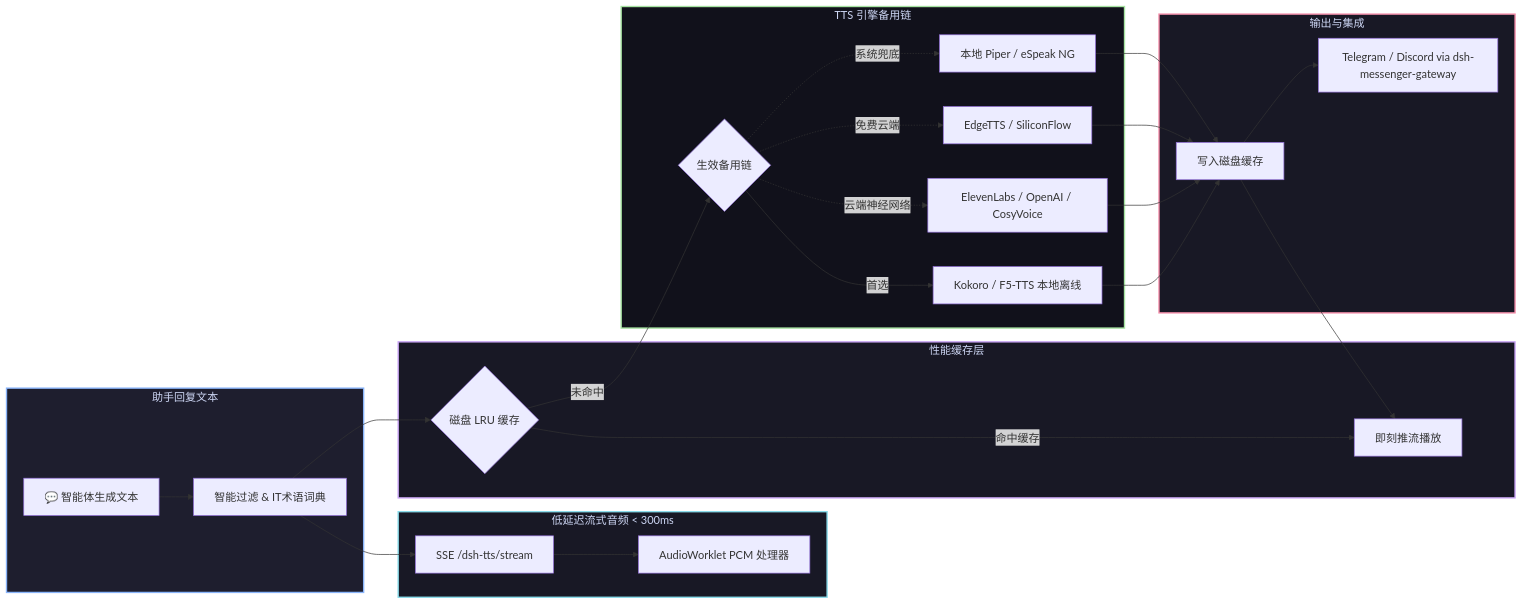
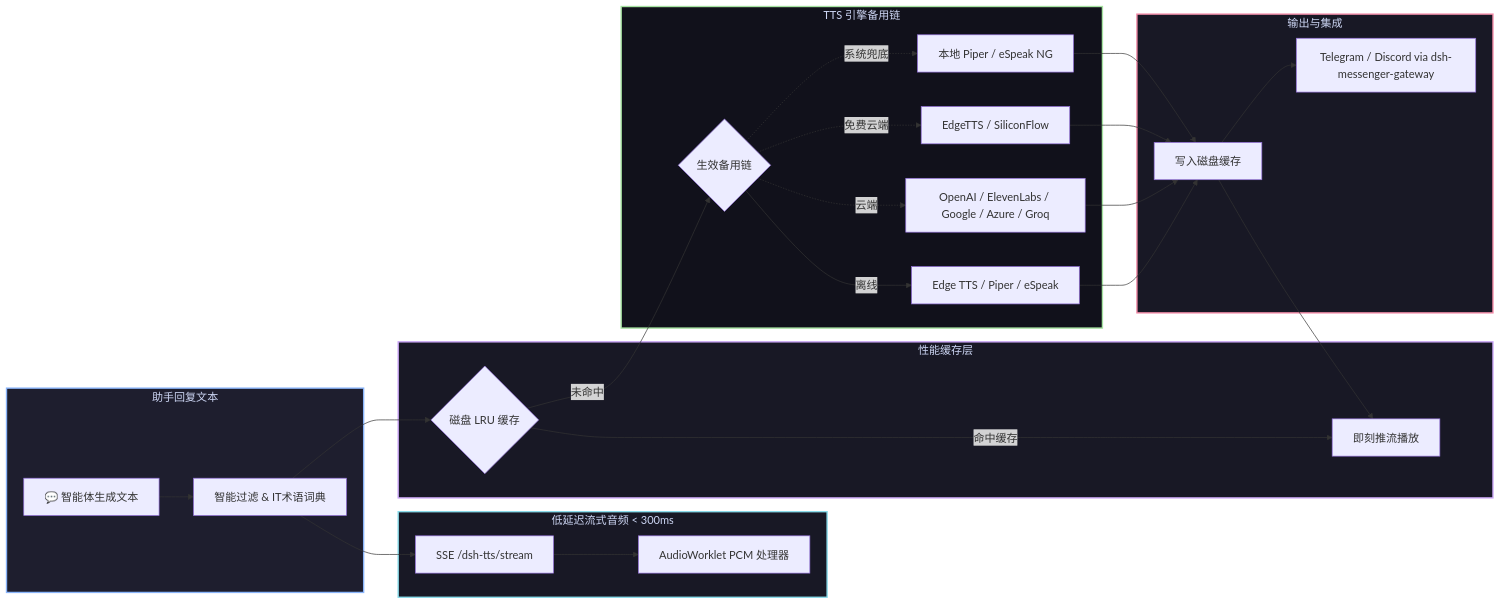
Before and after one commit to GooDAnDReaDY/dsh-tts: the diagram in README.zh.md, drawn with Mermaid. The commit also changed other lines of this file and 6 other files, not shown here.

````diff
--- a/README.zh.md
+++ b/README.zh.md
@@ -34,39 +34,39 @@
 ```mermaid
 graph LR
     subgraph Input [助手回复文本]
         Reply[💬 智能体生成文本] --> Scrub[智能过滤 & IT术语词典]
     end
 
     subgraph Stream [低延迟流式音频 < 300ms]
         Scrub --> SSE[SSE /dsh-tts/stream]
         SSE --> Worklet[AudioWorklet PCM 处理器]
     end
 
     subgraph Cache [性能缓存层]
         Scrub --> LRU{磁盘 LRU 缓存}
         LRU -->|命中缓存| Play[即刻推流播放]
     end
 
     subgraph Fallback [TTS 引擎备用链]
         LRU -->|未命中| Chain{生效备用链}
-        Chain -->|首选| P1[Kokoro / F5-TTS 本地离线]
-        Chain -.->|云端神经网络| P2[ElevenLabs / OpenAI / CosyVoice]
+        Chain -->|离线| P1[Edge TTS / Piper / eSpeak]
+        Chain -.->|云端| P2[OpenAI / ElevenLabs / Google / Azure / Groq]
         Chain -.->|免费云端| P3[EdgeTTS / SiliconFlow]
         Chain -.->|系统兜底| P4[本地 Piper / eSpeak NG]
     end
 
     subgraph Output [输出与集成]
         P1 --> Store[写入磁盘缓存]
         P2 --> Store
         P3 --> Store
         P4 --> Store
         Store --> Play
         Store --> Msg[Telegram / Discord via dsh-messenger-gateway]
     end
 
     style Input fill:#1e1e2e,stroke:#89b4fa,stroke-width:2px,color:#cdd6f4
     style Stream fill:#181825,stroke:#89dceb,stroke-width:2px,color:#cdd6f4
     style Cache fill:#181825,stroke:#cba6f7,stroke-width:2px,color:#cdd6f4
     style Fallback fill:#11111b,stroke:#a6e3a1,stroke-width:2px,color:#cdd6f4
     style Output fill:#181825,stroke:#f38ba8,stroke-width:2px,color:#cdd6f4
 ```
````
